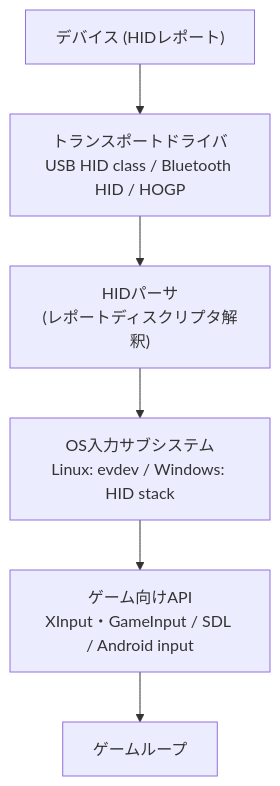
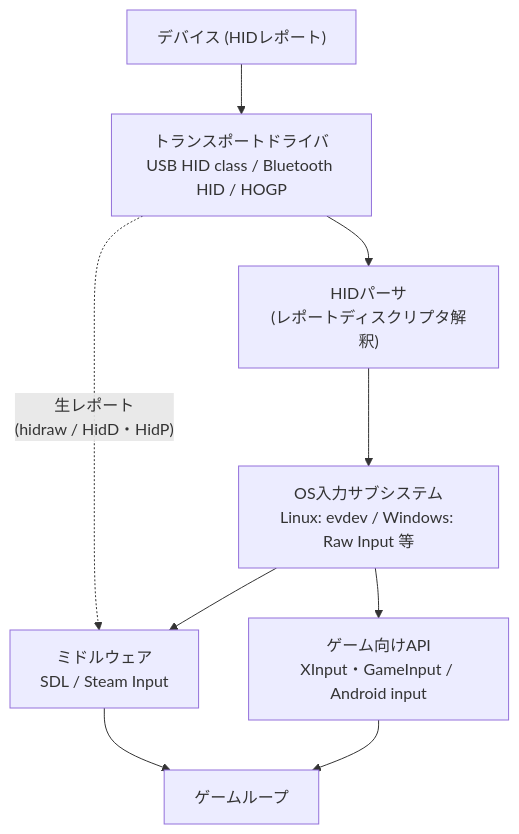
The second of 3 diagrams in hardware/peripherals/input-devices-hid.md (takukobachi/daedalus), drawn with Mermaid before and after one commit. The commit also changed other lines of this file, not shown here.

First line of the commit message:
docs(peripherals): HID 文書にホスト側スタックの節を追加 (#124)

````diff
--- a/hardware/peripherals/input-devices-hid.md
+++ b/hardware/peripherals/input-devices-hid.md
@@ -61,8 +61,11 @@
 ```mermaid
 flowchart TB
     DEV["デバイス (HIDレポート)"] --> TR["トランスポートドライバ<br/>USB HID class / Bluetooth HID / HOGP"]
     TR --> PARSE["HIDパーサ<br/>(レポートディスクリプタ解釈)"]
-    PARSE --> INPUT["OS入力サブシステム<br/>Linux: evdev / Windows: HID stack"]
-    INPUT --> API["ゲーム向けAPI<br/>XInput・GameInput / SDL / Android input"]
-    API --> GAME["ゲームループ"]
+    PARSE --> INPUT["OS入力サブシステム<br/>Linux: evdev / Windows: Raw Input 等"]
+    TR -.->|"生レポート<br/>(hidraw / HidD・HidP)"| MW
+    INPUT --> MW["ミドルウェア<br/>SDL / Steam Input"]
+    INPUT --> API["ゲーム向けAPI<br/>XInput・GameInput / Android input"]
+    MW --> GAME["ゲームループ"]
+    API --> GAME
 ```
````
